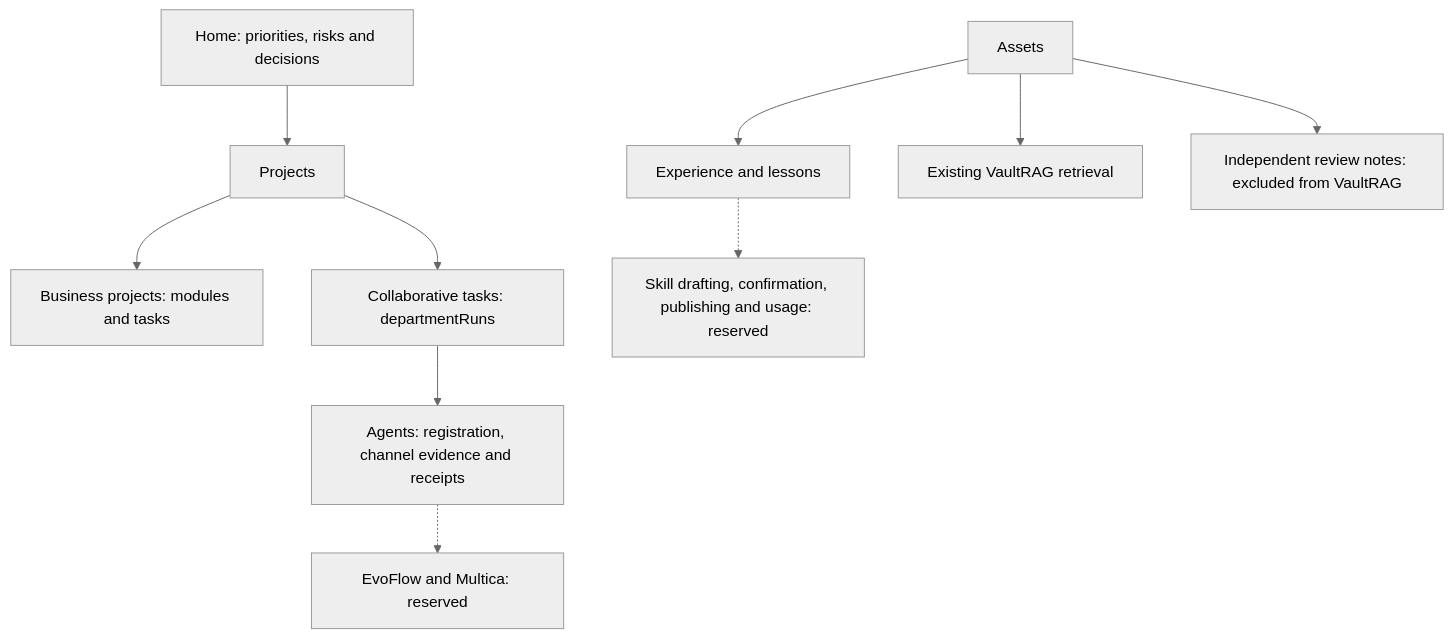
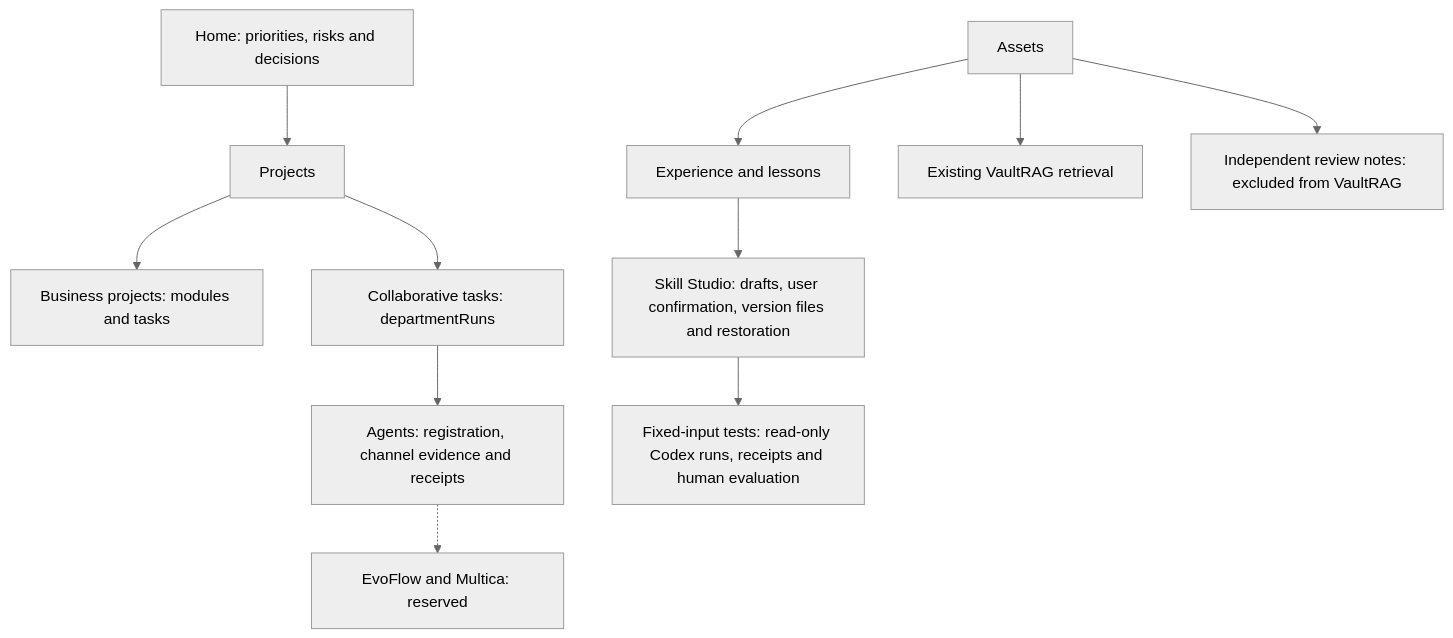
One commit to diyiresh/workbench-type-1 changed the ninth of 9 diagrams in docs/workbench-logic-type1.en.md. Above: the diagram before and after it, drawn with Mermaid (neutral theme). The commit also changed 26 other files, not shown here.

Commit message:
Add confirmed versioned skill studio with bounded Codex tests

````diff
--- a/docs/workbench-logic-type1.en.md
+++ b/docs/workbench-logic-type1.en.md
@@ -158,12 +158,13 @@
 ```mermaid
 flowchart TB
   home["Home: priorities, risks and decisions"] --> projects["Projects"]
   projects --> business["Business projects: modules and tasks"]
   projects --> runs["Collaborative tasks: departmentRuns"]
   runs --> agents["Agents: registration, channel evidence and receipts"]
   assets["Assets"] --> experience["Experience and lessons"]
-  experience -.-> skills["Skill drafting, confirmation, publishing and usage: reserved"]
+  experience --> skills["Skill Studio: drafts, user confirmation, version files and restoration"]
+  skills --> tests["Fixed-input tests: read-only Codex runs, receipts and human evaluation"]
   assets --> vault["Existing VaultRAG retrieval"]
   assets --> reviews["Independent review notes: excluded from VaultRAG"]
   agents -.-> adapters["EvoFlow and Multica: reserved"]
 ```
````
